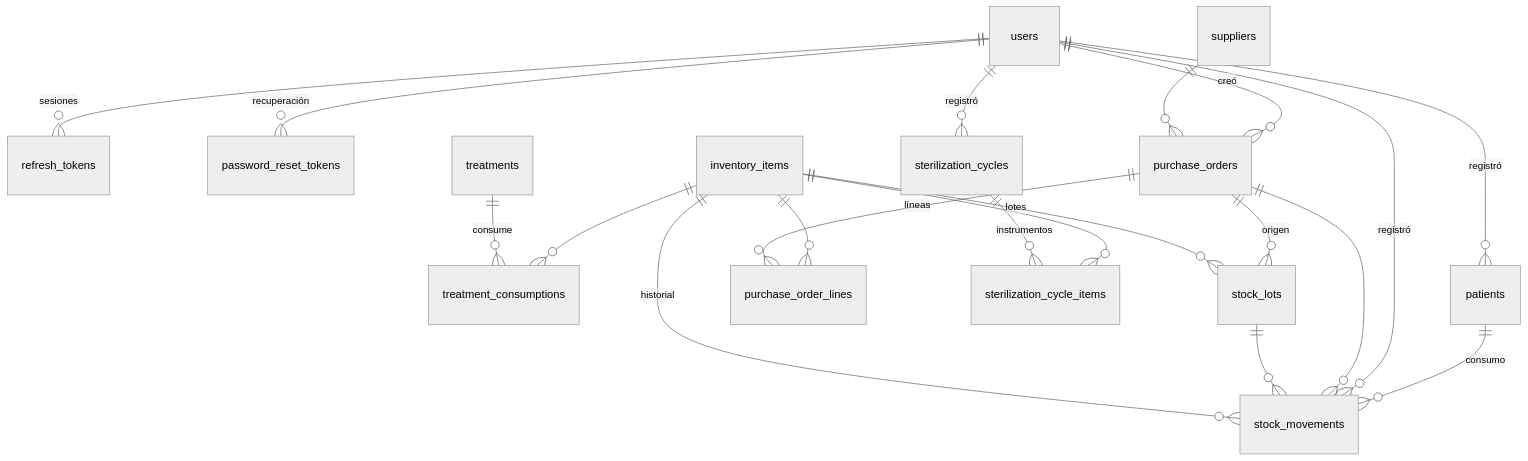
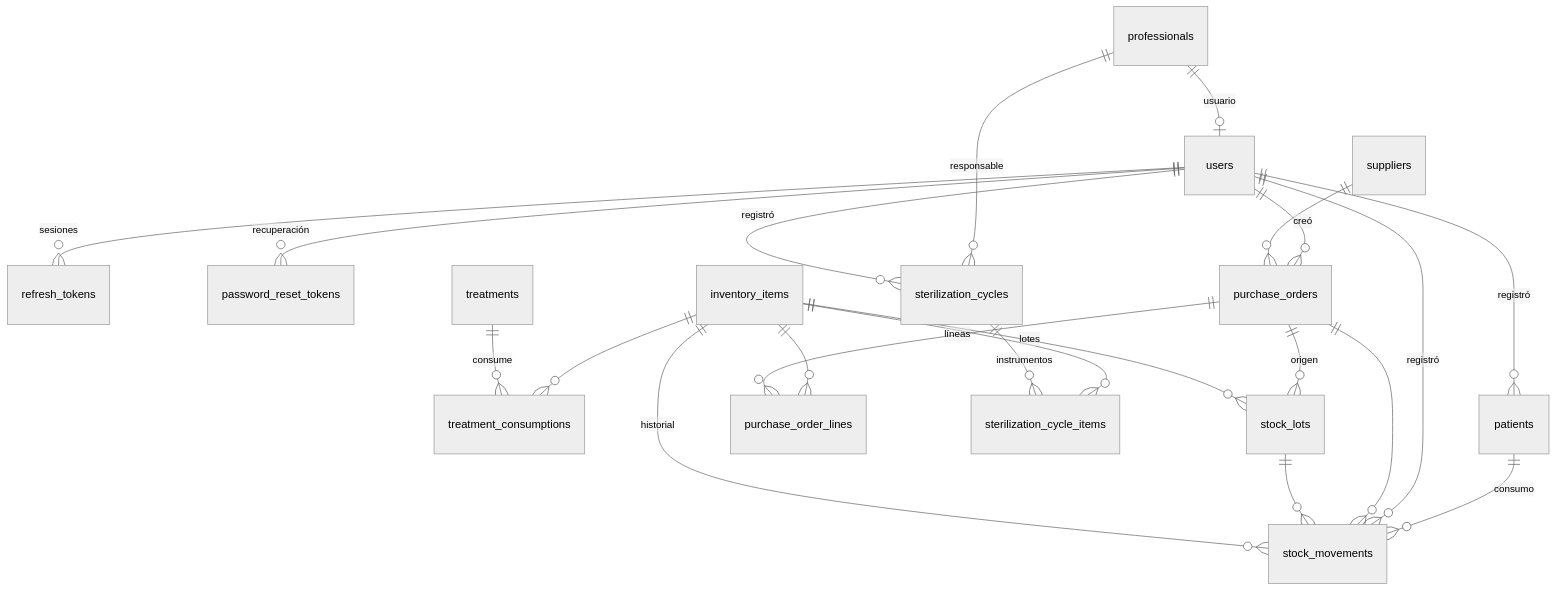
One commit to Jorgeflowers18/ClinicApp changed the diagram in back/docs/estructura-base.md. Above: the diagram before and after it, drawn with Mermaid (neutral theme). The commit also changed other lines of this file and 23 other files, not shown here.

````diff
--- a/back/docs/estructura-base.md
+++ b/back/docs/estructura-base.md
@@ -80,22 +81,24 @@
 ```mermaid
 erDiagram
     users ||--o{ refresh_tokens : "sesiones"
     users ||--o{ password_reset_tokens : "recuperación"
     treatments ||--o{ treatment_consumptions : "consume"
     inventory_items ||--o{ treatment_consumptions : ""
     inventory_items ||--o{ stock_lots : "lotes"
     inventory_items ||--o{ stock_movements : "historial"
     stock_lots ||--o{ stock_movements : ""
     suppliers ||--o{ purchase_orders : ""
     purchase_orders ||--o{ purchase_order_lines : "líneas"
     inventory_items ||--o{ purchase_order_lines : ""
     purchase_orders ||--o{ stock_lots : "origen"
     purchase_orders ||--o{ stock_movements : ""
     sterilization_cycles ||--o{ sterilization_cycle_items : "instrumentos"
     inventory_items ||--o{ sterilization_cycle_items : ""
     users ||--o{ stock_movements : "registró"
     users ||--o{ purchase_orders : "creó"
     users ||--o{ sterilization_cycles : "registró"
     patients ||--o{ stock_movements : "consumo"
     users ||--o{ patients : "registró"
+    professionals ||--o| users : "usuario"
+    professionals ||--o{ sterilization_cycles : "responsable"
 ```
````
